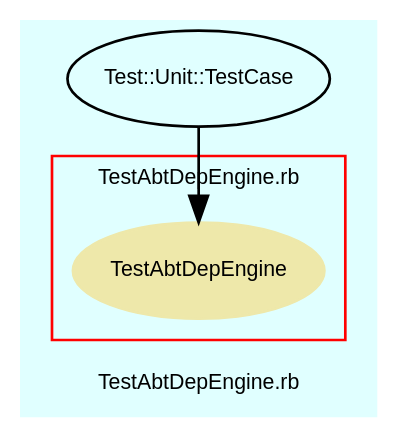
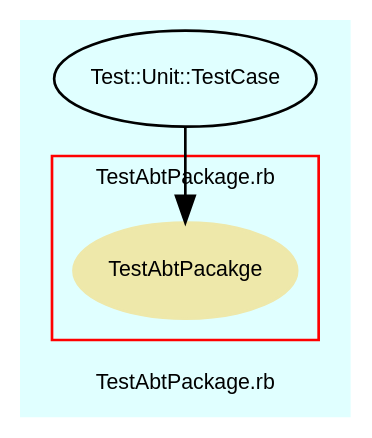
One commit to eschabell/abtlinux changed the diagram in src/trunk/doc/dot/f_9.dot. Above: the diagram before and after it, drawn with Graphviz. The commit also changed 35 other files, not shown here.

Commit message:
Added new test class for AbtDepEngine, added testSuiteAbt.rb file for running all tests from a single point of entry with 'ruby testSuiteAbt.rb'. Documented existing test methods for rdoc and regenerated all docs.

```diff
--- a/src/trunk/doc/dot/f_9.dot
+++ b/src/trunk/doc/dot/f_9.dot
@@ -1,37 +1,37 @@
 digraph TopLevel {
     compound = true
     bgcolor = lightcyan1
     fontname = Arial
     fontsize = 8
-    label = "TestAbtDepEngine.rb"
+    label = "TestAbtPackage.rb"
     node [
         fontname = Arial,
         fontsize = 8,
         color = black
     ]
 
-    subgraph cluster_9 {
+    subgraph cluster_10 {
         fontname = Arial
         color = red
-        label = "TestAbtDepEngine.rb"
-        TestAbtDepEngine [
+        label = "TestAbtPackage.rb"
+        TestAbtPacakge [
             fontcolor = black,
-            URL = "classes/TestAbtDepEngine.html",
+            URL = "classes/TestAbtPacakge.html",
             shape = ellipse,
             color = palegoldenrod,
             style = filled,
-            label = "TestAbtDepEngine"
+            label = "TestAbtPacakge"
         ]
 
     }
 
     Test__Unit__TestCase [
         URL = "classes/Test/Unit/TestCase.html",
         label = "Test::Unit::TestCase"
     ]
 
-    Test__Unit__TestCase -> TestAbtDepEngine [
+    Test__Unit__TestCase -> TestAbtPacakge [
 
     ]
 
 }
```
